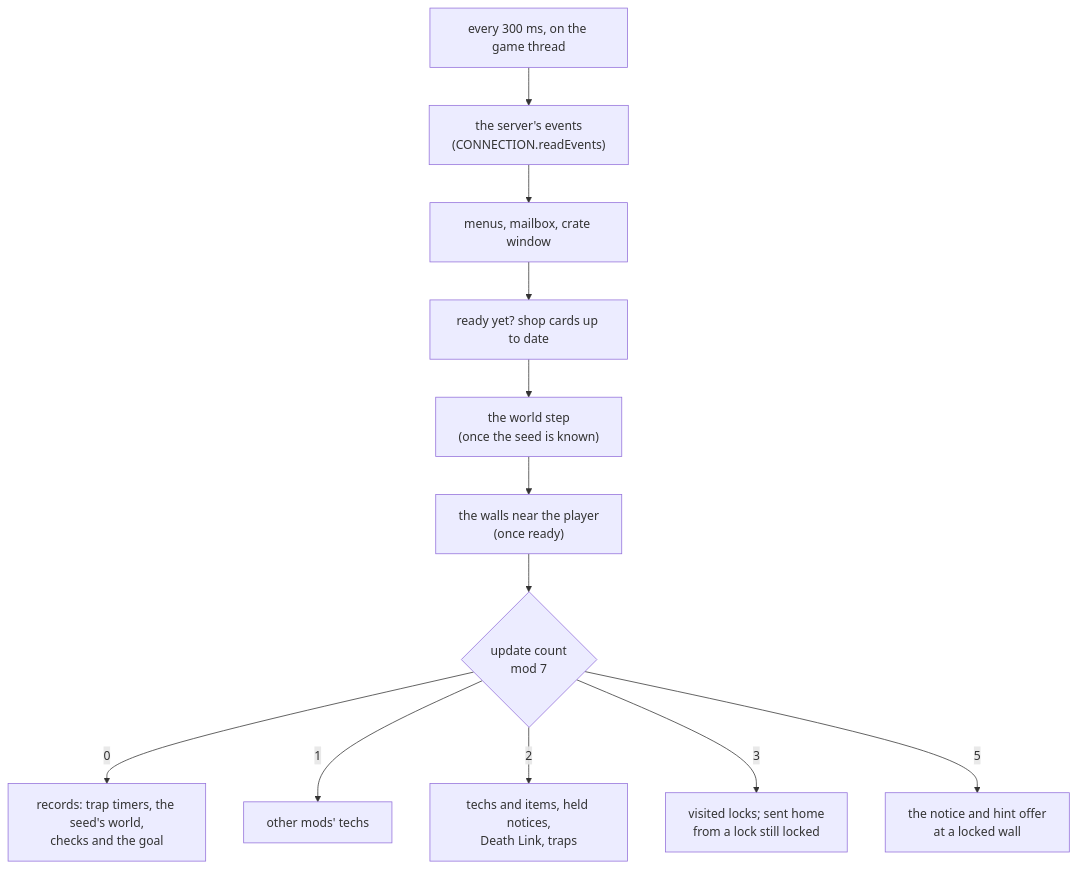
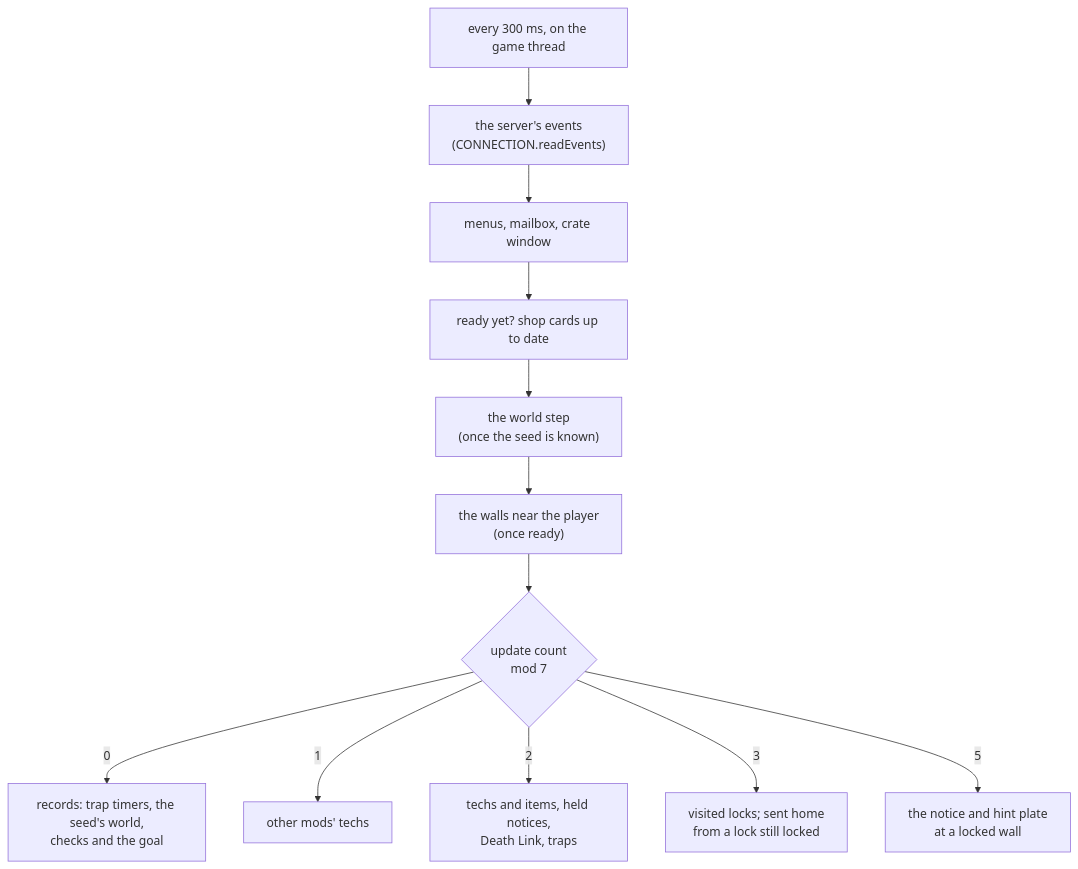
Before and after one commit to JustEyeTea/Palworld-Archipelago-Randomizer: the sixth of 12 diagrams in docs/architecture.md, drawn with Mermaid. The commit also changed other lines of this file and 10 other files, not shown here.

First line of the commit message:
wall hints: the hint key works at any locked wall; a notice once per approach

````diff
--- a/docs/architecture.md
+++ b/docs/architecture.md
@@ -432,14 +432,14 @@
 ```mermaid
 flowchart TD
   T["every 300 ms, on the game thread"] --> E["the server's events<br/>(CONNECTION.readEvents)"]
   E --> W["menus, mailbox, crate window"]
   W --> R["ready yet? shop cards up to date"]
   R --> WS["the world step<br/>(once the seed is known)"]
   WS --> AL["the walls near the player<br/>(once ready)"]
   AL --> PH{"update count<br/>mod 7"}
   PH -->|0| P0["records: trap timers, the seed's world,<br/>checks and the goal"]
   PH -->|1| P1["other mods' techs"]
   PH -->|2| P2["techs and items, held notices,<br/>Death Link, traps"]
   PH -->|3| P3["visited locks; sent home<br/>from a lock still locked"]
-  PH -->|5| P5["the notice and hint offer<br/>at a locked wall"]
+  PH -->|5| P5["the notice and hint plate<br/>at a locked wall"]
 ```
````
